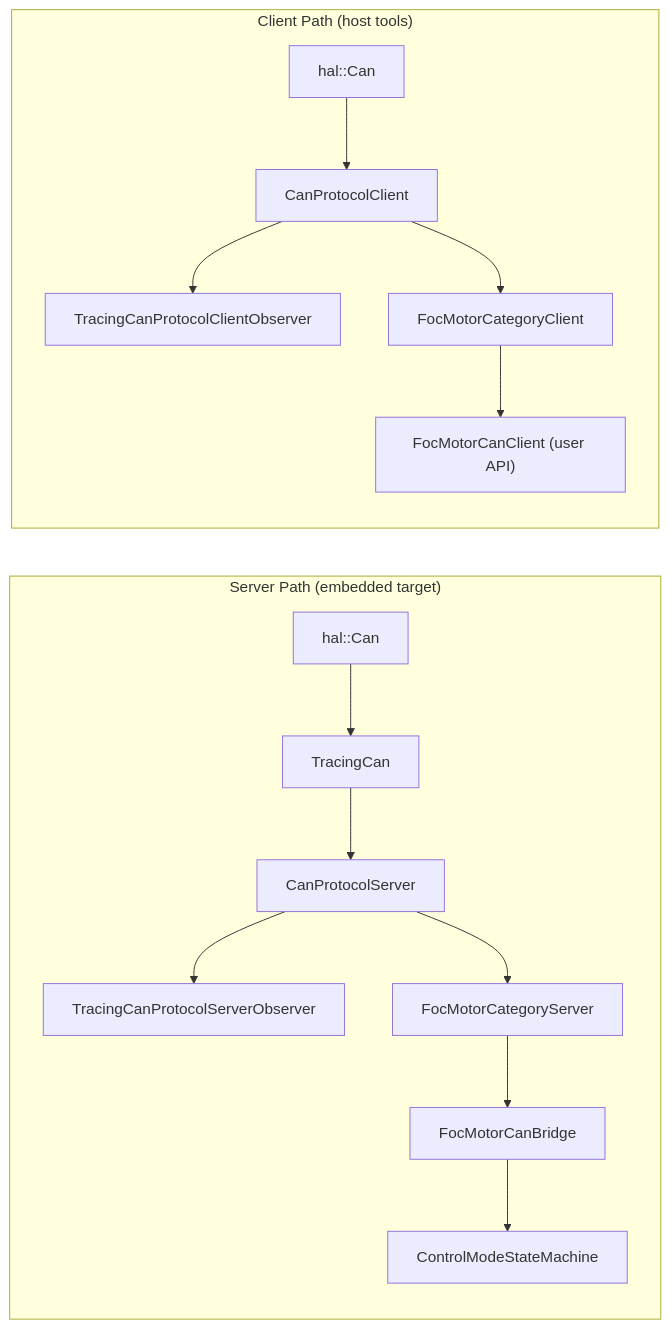
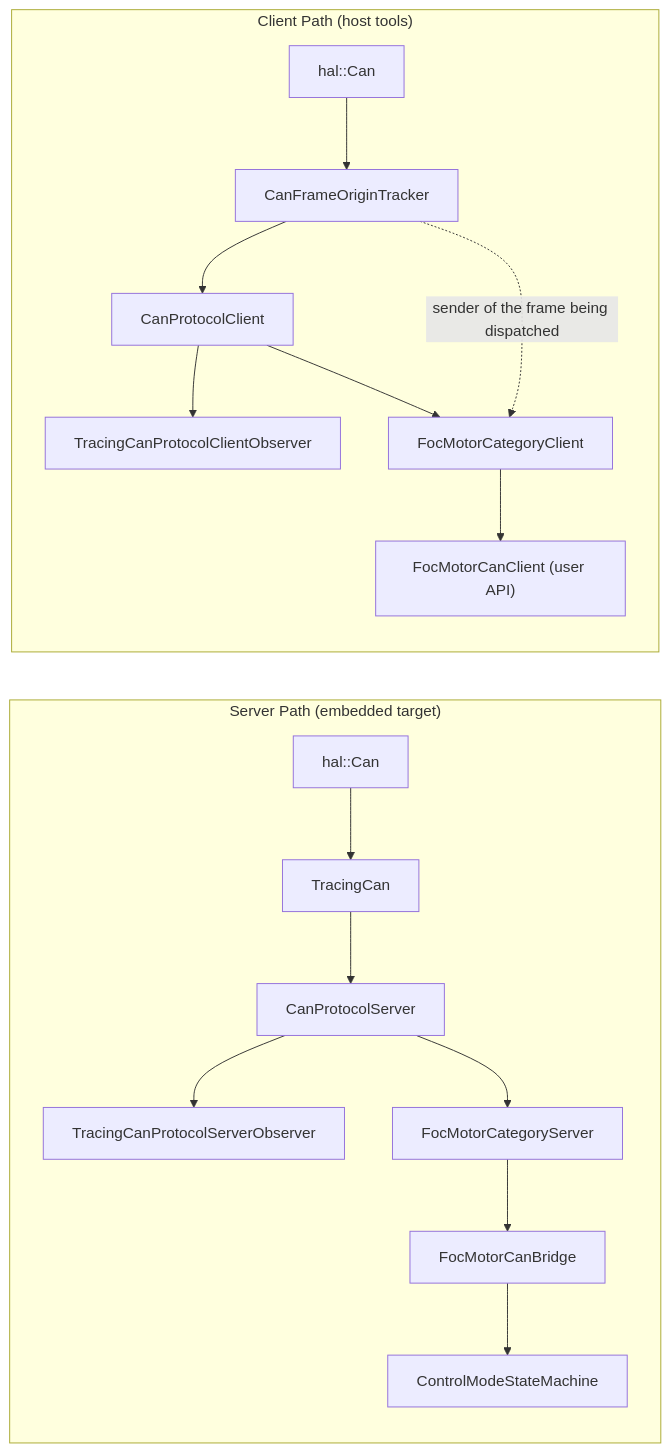
Before and after one commit to embedded-pro/e-foc: the fourth of 4 diagrams in documentation/design/service-can.md, drawn with Mermaid. The commit also changed other lines of this file and 39 other files, not shown here.

````diff
--- a/documentation/design/service-can.md
+++ b/documentation/design/service-can.md
@@ -300,18 +305,20 @@
 ```mermaid
 graph LR
     subgraph "Server Path (embedded target)"
         HAL_CAN_S["hal::Can"] --> TC["TracingCan"]
         TC --> CPS["CanProtocolServer"]
         CPS --> CPSO["TracingCanProtocolServerObserver"]
         CPS --> MCS["FocMotorCategoryServer"]
         MCS --> BRG["FocMotorCanBridge"]
         BRG --> SM["ControlModeStateMachine"]
     end
 
     subgraph "Client Path (host tools)"
-        HAL_CAN_C["hal::Can"] --> CPC["CanProtocolClient"]
+        HAL_CAN_C["hal::Can"] --> FOT["CanFrameOriginTracker"]
+        FOT --> CPC["CanProtocolClient"]
         CPC --> CPCO["TracingCanProtocolClientObserver"]
         CPC --> MCC["FocMotorCategoryClient"]
+        FOT -. "sender of the frame being dispatched" .-> MCC
         MCC --> FMC["FocMotorCanClient (user API)"]
     end
 ```
````
